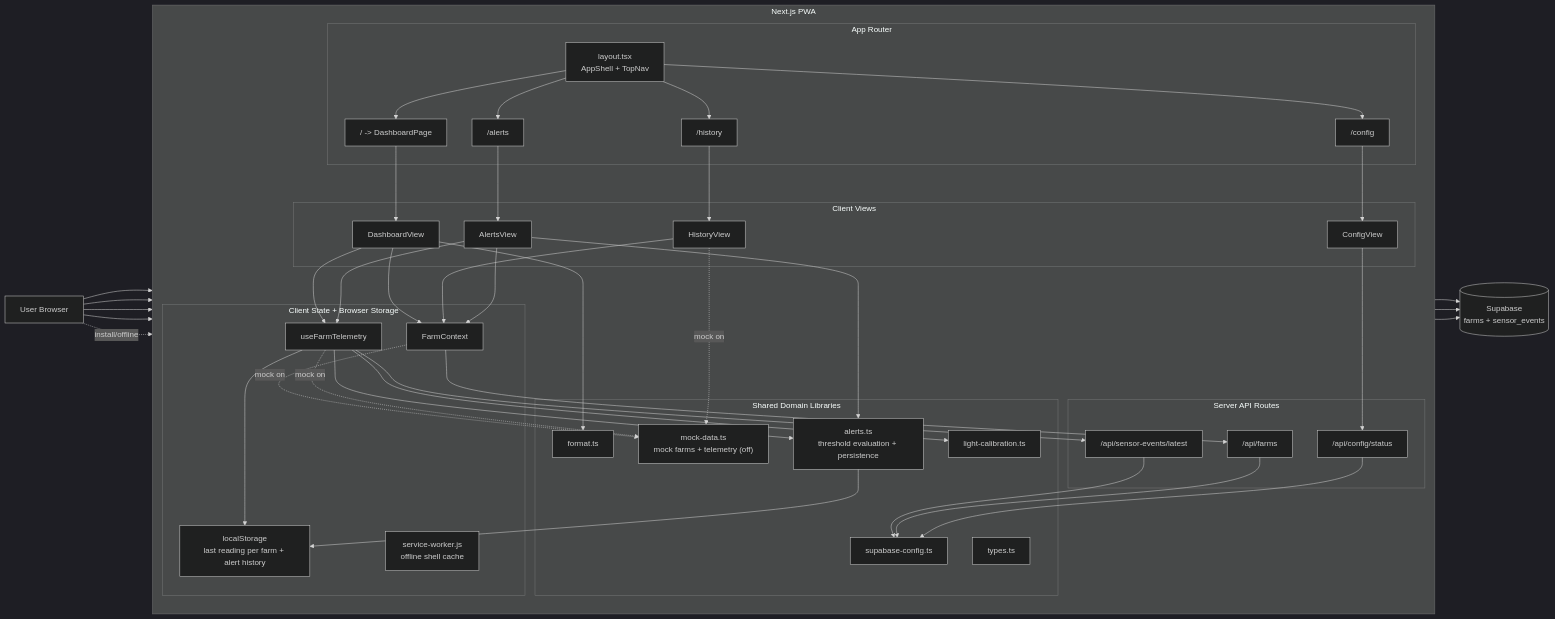
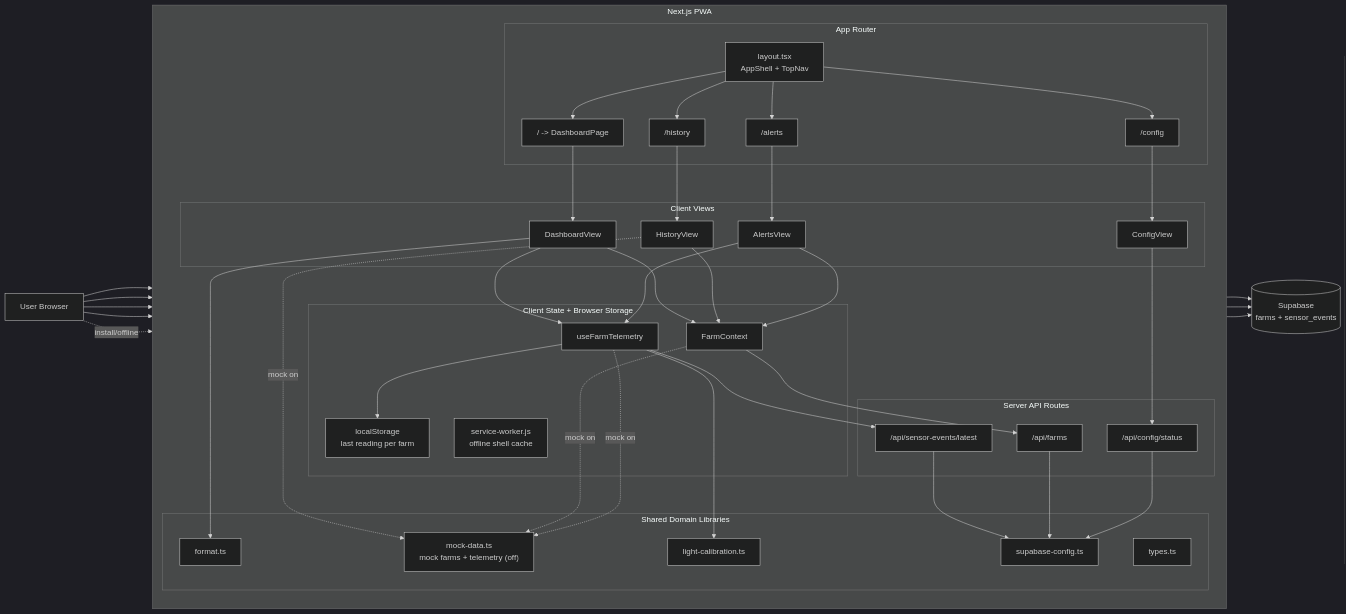
The first of 2 diagrams in web/docs/uml.md (Ca1eb9/verdant-os), drawn with Mermaid (dark theme) before and after one commit. The commit also changed other lines of this file and 53 other files, not shown here.

```diff
--- a/web/docs/uml.md
+++ b/web/docs/uml.md
@@ -34,13 +34,12 @@
         subgraph ClientState[Client State + Browser Storage]
             FarmContext["FarmContext"]
             TelemetryHook["useFarmTelemetry"]
-            LocalStorage["localStorage\nlast reading per farm + alert history"]
+            LocalStorage["localStorage\nlast reading per farm"]
             ServiceWorker["service-worker.js\noffline shell cache"]
         end
 
         subgraph DomainLib[Shared Domain Libraries]
             MockData["mock-data.ts\nmock farms + telemetry (off)"]
-            AlertsLib["alerts.ts\nthreshold evaluation + persistence"]
             LightCal["light-calibration.ts"]
             FormatLib["format.ts"]
             Types["types.ts"]
@@ -80,16 +79,13 @@
     AlertsView --> TelemetryHook
     FarmContext --> FarmsRoute
     FarmContext -. mock on .-> MockData
-    AlertsView --> AlertsLib
     ConfigView --> StatusRoute
 
     TelemetryHook --> LatestRoute
-    TelemetryHook --> AlertsLib
     TelemetryHook -. mock on .-> MockData
     TelemetryHook --> LightCal
     TelemetryHook --> LocalStorage
 
-    AlertsLib --> LocalStorage
 
     LatestRoute --> SupabaseConfig
     FarmsRoute --> SupabaseConfig
```
